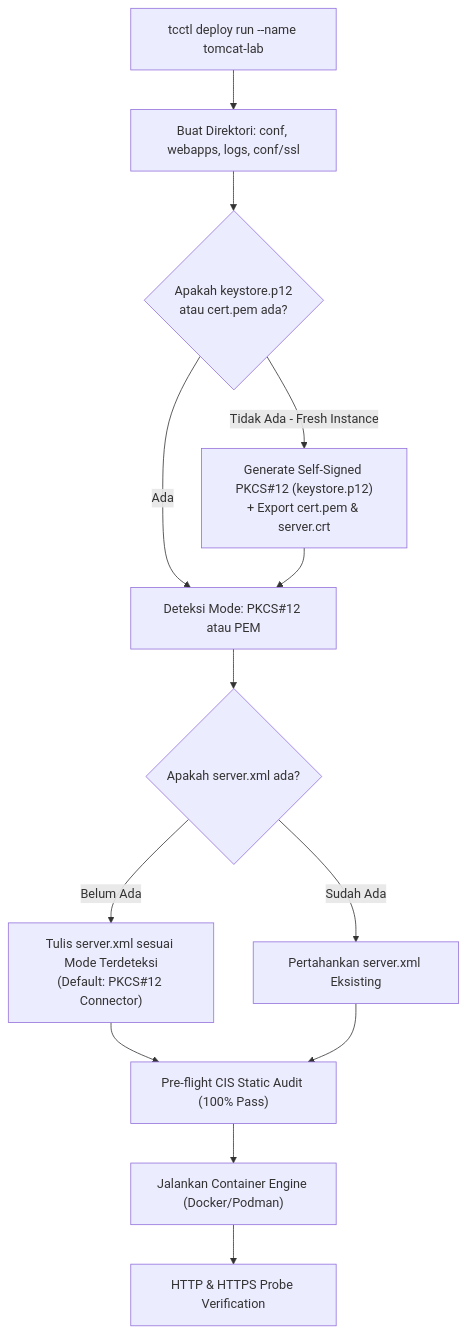
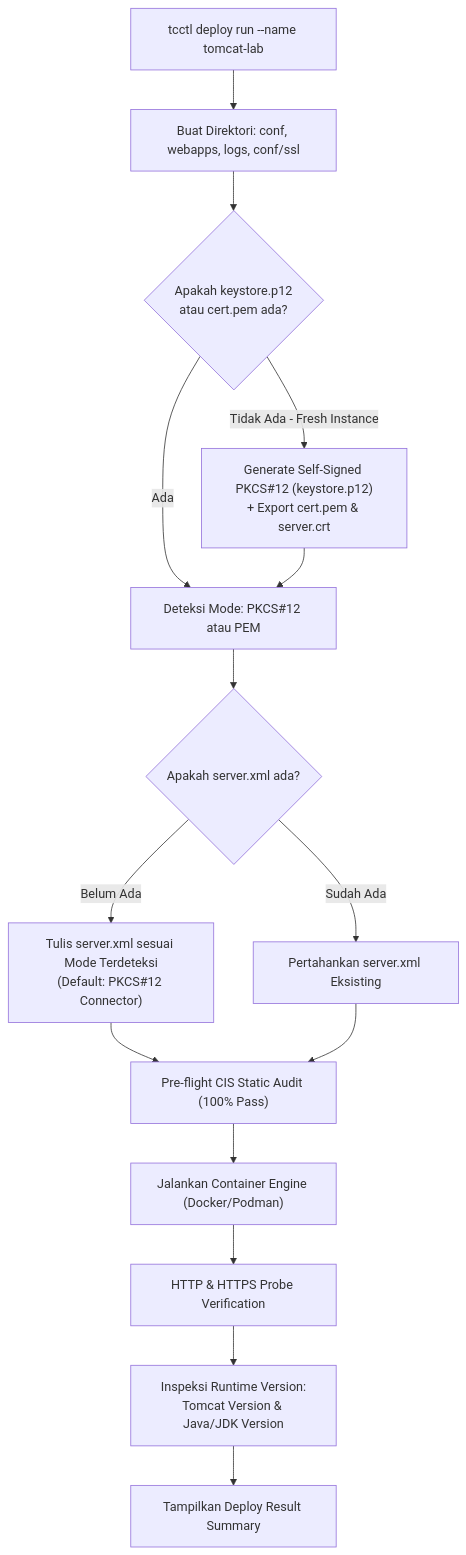
One commit to edkas07-oss/devops-handbook changed the second of 2 diagrams in docs/projects/tomcat/engineering-journal/platform-foundation-and-hardening/TN-008-pkcs12-keystore-governance-and-auto-detection.md. Above: the diagram before and after it, drawn with Mermaid. The commit also changed other lines of this file and 1 other file, not shown here.

Commit message:
docs(tomcat): document runtime environment detection in deploy result summary

````diff
--- a/docs/projects/tomcat/engineering-journal/platform-foundation-and-hardening/TN-008-pkcs12-keystore-governance-and-auto-detection.md
+++ b/docs/projects/tomcat/engineering-journal/platform-foundation-and-hardening/TN-008-pkcs12-keystore-governance-and-auto-detection.md
@@ -113,15 +113,17 @@
 ```mermaid
 flowchart TD
     Start["tcctl deploy run --name tomcat-lab"] --> PrepDirs["Buat Direktori: conf, webapps, logs, conf/ssl"]
     PrepDirs --> CheckSSL{"Apakah keystore.p12<br/>atau cert.pem ada?"}
     CheckSSL -->|Tidak Ada - Fresh Instance| Bootstrap["Generate Self-Signed PKCS#12 (keystore.p12)<br/>+ Export cert.pem & server.crt"]
     CheckSSL -->|Ada| Detect["Deteksi Mode: PKCS#12 atau PEM"]
     Bootstrap --> Detect
     Detect --> CheckXML{"Apakah server.xml ada?"}
     CheckXML -->|Belum Ada| SeedXML["Tulis server.xml sesuai Mode Terdeteksi<br/>(Default: PKCS#12 Connector)"]
     CheckXML -->|Sudah Ada| KeepXML["Pertahankan server.xml Eksisting"]
     SeedXML --> CISAudit["Pre-flight CIS Static Audit (100% Pass)"]
     KeepXML --> CISAudit
     CISAudit --> RunContainer["Jalankan Container Engine (Docker/Podman)"]
     RunContainer --> HealthCheck["HTTP & HTTPS Probe Verification"]
+    HealthCheck --> DetectVersions["Inspeksi Runtime Version:<br/>Tomcat Version & Java/JDK Version"]
+    DetectVersions --> ResultSummary["Tampilkan Deploy Result Summary"]
 ```
````
